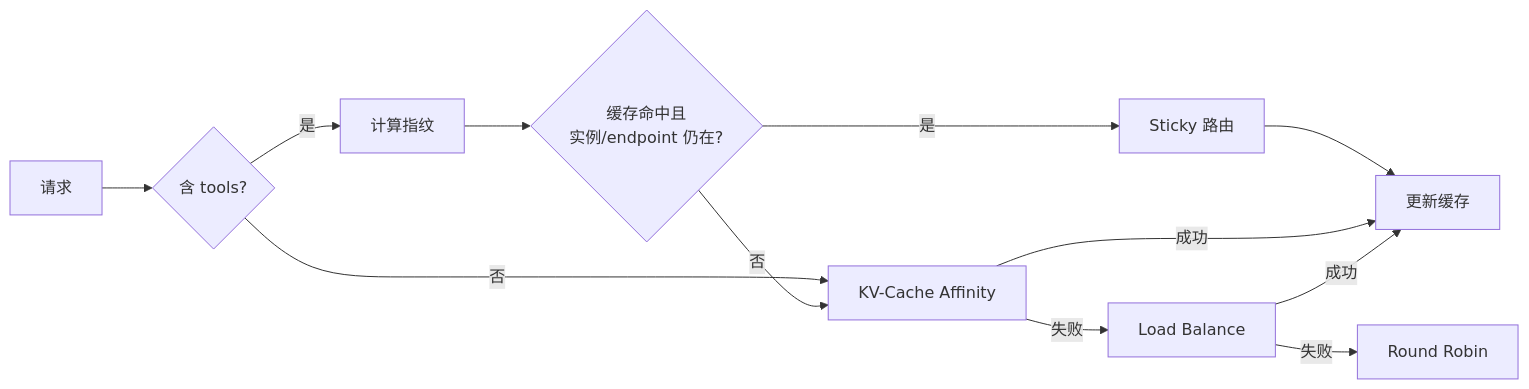
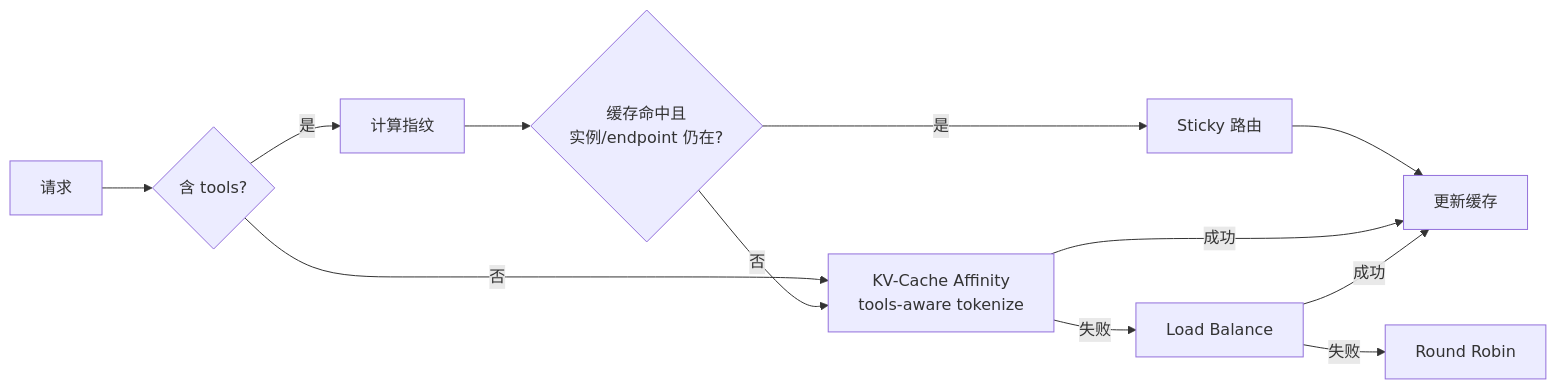
The diagram in docs/zh/features/function_call_affinity_scheduling.md (Lyr-GW/MindIE-PyMotor), drawn with Mermaid before and after one commit. The commit also changed other lines of this file and 2 other files, not shown here.

First line of the commit message:
docs(function-call-affinity): 补全 L1↔L2 文档交叉引用与两层叠加表述

````diff
--- a/docs/zh/features/function_call_affinity_scheduling.md
+++ b/docs/zh/features/function_call_affinity_scheduling.md
@@ -22,14 +28,14 @@
 ```mermaid
 flowchart LR
     Req[请求] --> Sig{含 tools?}
     Sig -- 是 --> FP[计算指纹]
-    Sig -- 否 --> KV[KV-Cache Affinity]
+    Sig -- 否 --> KV["KV-Cache Affinity<br/>tools-aware tokenize"]
     FP --> Hit{缓存命中且<br/>实例/endpoint 仍在?}
     Hit -- 是 --> Sticky[Sticky 路由]
     Hit -- 否 --> KV
     KV -- 失败 --> LB[Load Balance]
     LB -- 失败 --> RR[Round Robin]
     Sticky --> Update[更新缓存]
     KV -- 成功 --> Update
     LB -- 成功 --> Update
 ```
````
